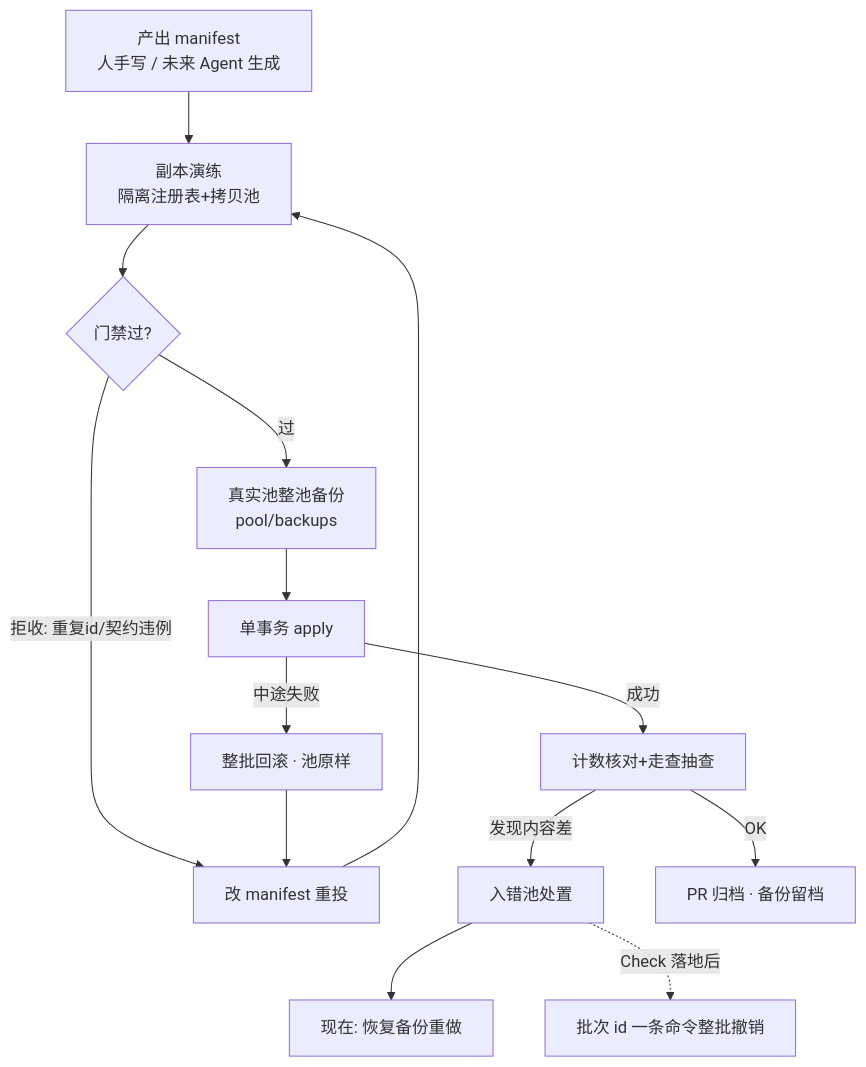
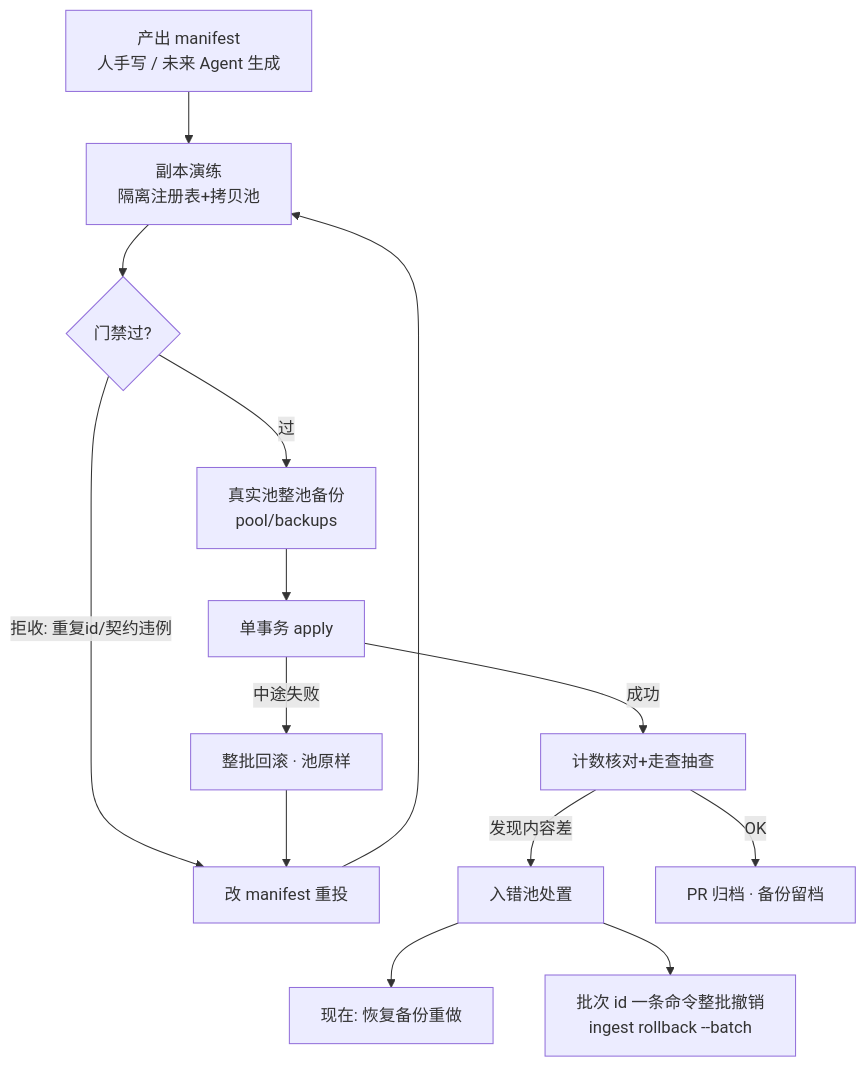
The second of 4 diagrams in docs/action-graph/L4-workflows.md (Amazinnn/Lesson-Kit), drawn with Mermaid before and after one commit. The commit also changed other lines of this file and 23 other files, not shown here.

First line of the commit message:
docs: introduce-check-pipeline 走查修复+手册+图谱留痕+归档（队列④ PR3）

````diff
--- a/docs/action-graph/L4-workflows.md
+++ b/docs/action-graph/L4-workflows.md
@@ -50,13 +50,13 @@
 ```mermaid
 flowchart TD
   A[产出 manifest<br/>人手写 / 未来 Agent 生成] --> B[副本演练<br/>隔离注册表+拷贝池]
   B --> C{门禁过?}
   C -- 拒收: 重复id/契约违例 --> C1[改 manifest 重投] --> B
   C -- 过 --> D[真实池整池备份<br/>pool/backups]
   D --> E[单事务 apply]
   E -- 中途失败 --> E1[整批回滚 · 池原样] --> C1
   E -- 成功 --> F[计数核对+走查抽查]
   F -- 发现内容差 --> G[入错池处置] --> G1[现在: 恢复备份重做]
-  G -.Check 落地后.-> G2[批次 id 一条命令整批撤销]
+  G --> G2[批次 id 一条命令整批撤销<br/>ingest rollback --batch]
   F -- OK --> H[PR 归档 · 备份留档]
 ```
````
